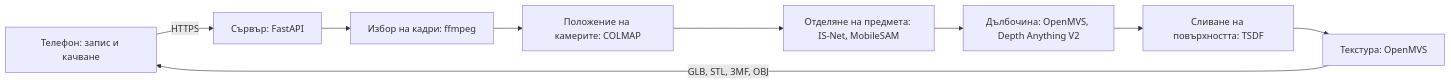
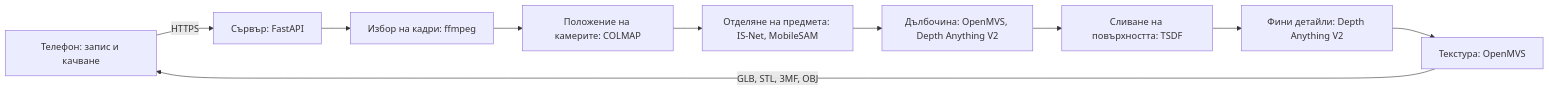
Before and after one commit to miron4o24/Orbitize-scan3D_app-: the diagram in README.md, drawn with Mermaid. The commit also changed other lines of this file and 27 other files, not shown here.

First line of the commit message:
Фини детайли, модел от снимка, предмети в ръка и AI за всички

````diff
--- a/README.md
+++ b/README.md
@@ -24,11 +25,12 @@
 ```mermaid
 flowchart LR
     A["Телефон: запис и качване"] -->|HTTPS| B["Сървър: FastAPI"]
     B --> C["Избор на кадри: ffmpeg"]
     C --> D["Положение на камерите: COLMAP"]
     D --> E["Отделяне на предмета: IS-Net, MobileSAM"]
     E --> F["Дълбочина: OpenMVS, Depth Anything V2"]
     F --> G["Сливане на повърхността: TSDF"]
-    G --> H["Текстура: OpenMVS"]
+    G --> I["Фини детайли: Depth Anything V2"]
+    I --> H["Текстура: OpenMVS"]
     H -->|"GLB, STL, 3MF, OBJ"| A
 ```
````
